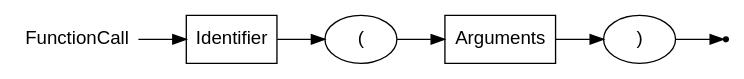
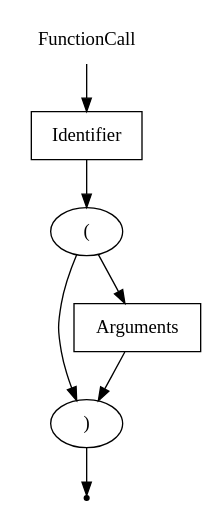
The diagram in DSLTools/examples/PSECO/wirth/FunctionCall.gv (EgorGoluzin/DSL), drawn with Graphviz before and after one commit. The commit also changed 110 other files, not shown here.

```diff
--- a/DSLTools/examples/PSECO/wirth/FunctionCall.gv
+++ b/DSLTools/examples/PSECO/wirth/FunctionCall.gv
@@ -1,15 +1,14 @@
-digraph FUNCTIONCALL {
-  rankdir=LR;
-  node [fontname="Arial"];
+digraph FunctionCall {
   start [label="FunctionCall" shape=plaintext];
-  end [label="" shape=point];
   A [label="Identifier" shape=box];
   B [label="(" shape=oval];
-  C [label="Arguments" shape=box];
-  D [label=")" shape=oval];
+  C [label=")" shape=oval];
+  D [label="Arguments" shape=box];
+  end [label="" shape=point];
   start -> A;
   A -> B;
+  B -> D;
   B -> C;
-  C -> D;
-  D -> end;
+  C -> end;
+  D -> C;
 }
```
